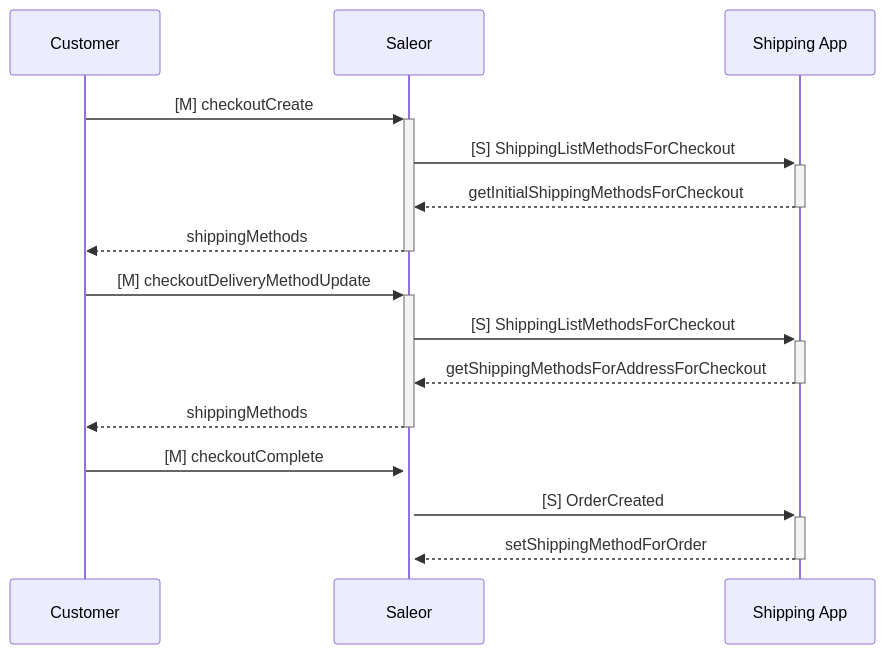
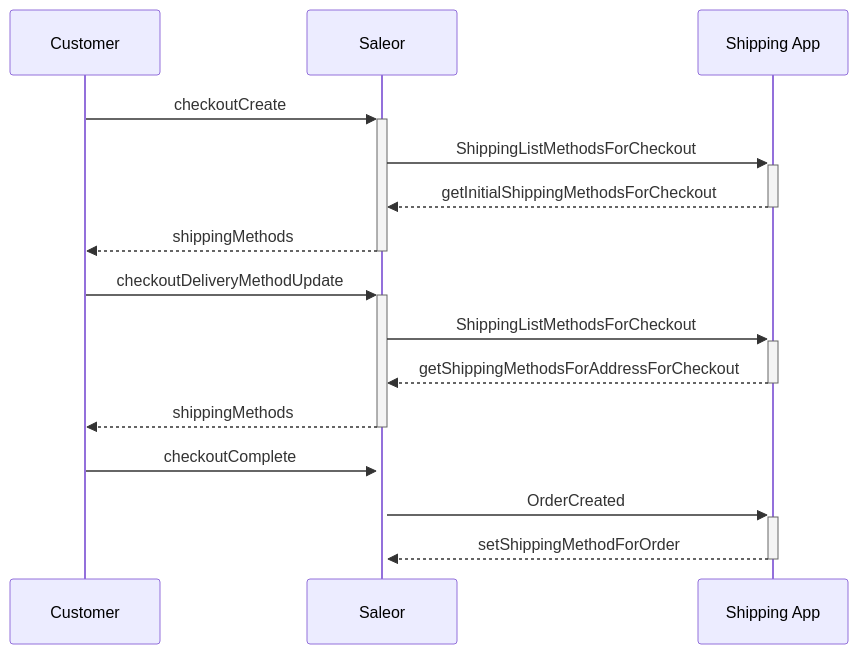
Before and after one commit to saleor/saleor-app-shipping-shipstation: the diagram in README.md, drawn with Mermaid. The commit also changed other lines of this file and 1 other file, not shown here.

Commit message:
update readme and dummy method

````diff
--- a/README.md
+++ b/README.md
@@ -23,14 +23,14 @@
 ```mermaid
 sequenceDiagram
-    Customer->>+Saleor: [M] checkoutCreate
-    Saleor->>+Shipping App: [S] ShippingListMethodsForCheckout
+    Customer->>+Saleor: checkoutCreate
+    Saleor->>+Shipping App: ShippingListMethodsForCheckout
     Shipping App-->>-Saleor: getInitialShippingMethodsForCheckout
     Saleor-->>-Customer: shippingMethods
-    Customer->>+Saleor: [M] checkoutDeliveryMethodUpdate
-    Saleor->>+Shipping App: [S] ShippingListMethodsForCheckout
+    Customer->>+Saleor: checkoutDeliveryMethodUpdate
+    Saleor->>+Shipping App: ShippingListMethodsForCheckout
     Shipping App-->>-Saleor: getShippingMethodsForAddressForCheckout
     Saleor-->>-Customer: shippingMethods
-    Customer->>+Saleor: [M] checkoutComplete
-    Saleor->>+Shipping App: [S] OrderCreated
+    Customer->>+Saleor: checkoutComplete
+    Saleor->>+Shipping App: OrderCreated
     Shipping App-->>-Saleor: setShippingMethodForOrder
 ```
````
